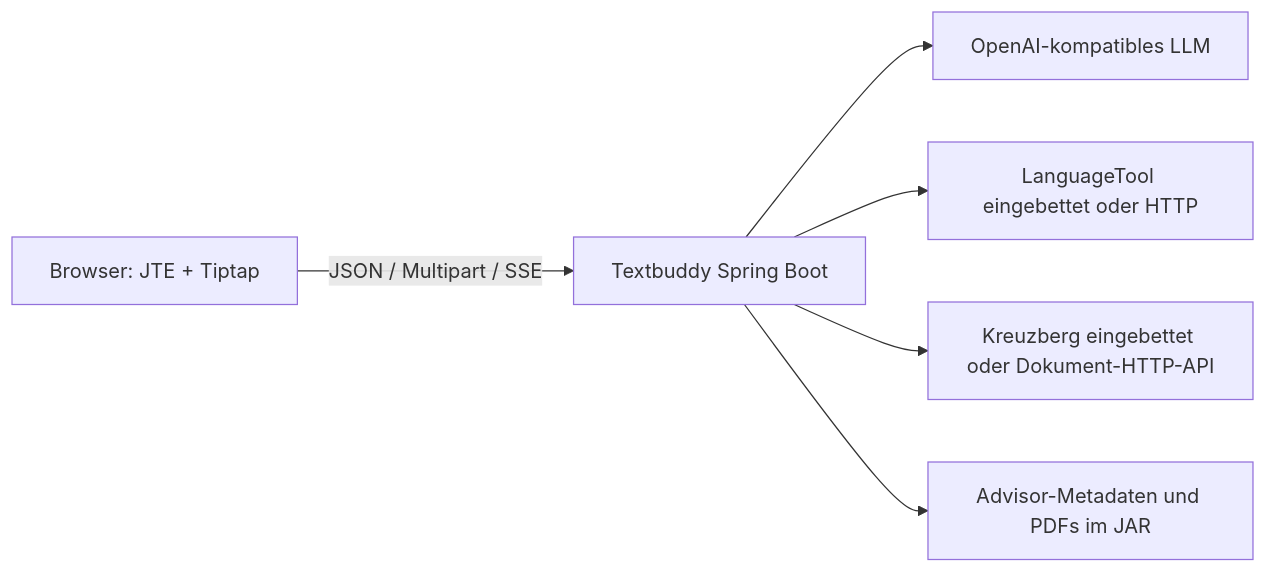
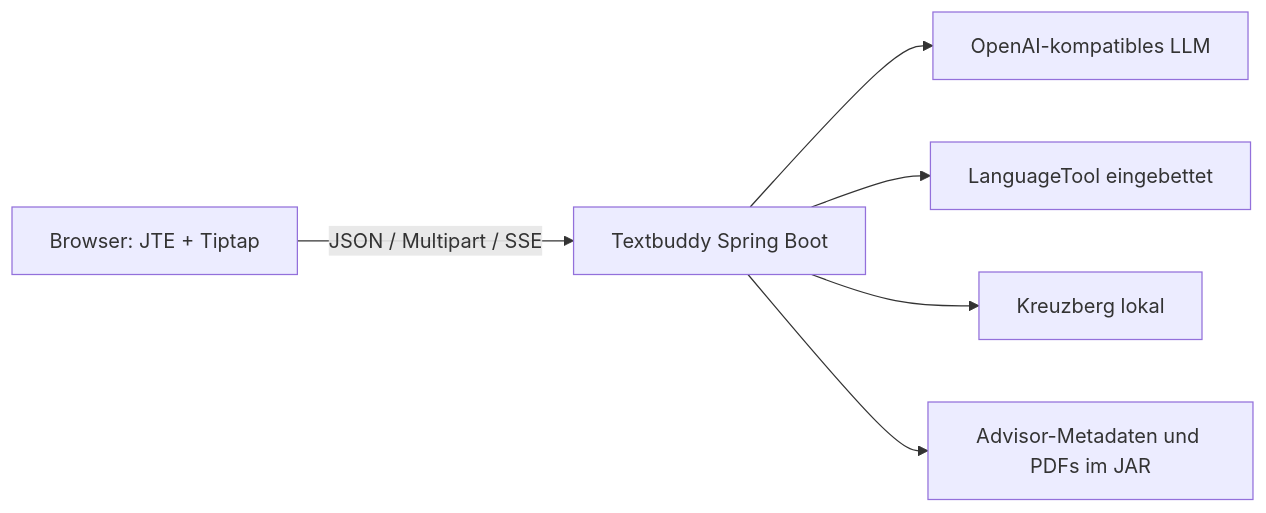
Before and after one commit to edigonzales/textbuddy: the diagram in docs/architecture.md, drawn with Mermaid. The commit also changed other lines of this file and 111 other files, not shown here.

````diff
--- a/docs/architecture.md
+++ b/docs/architecture.md
@@ -7,8 +7,8 @@
 ```mermaid
 flowchart LR
     Browser["Browser: JTE + Tiptap"] -->|"JSON / Multipart / SSE"| App["Textbuddy Spring Boot"]
     App --> LLM["OpenAI-kompatibles LLM"]
-    App --> LT["LanguageTool eingebettet oder HTTP"]
-    App --> Doc["Kreuzberg eingebettet oder Dokument-HTTP-API"]
+    App --> LT["LanguageTool eingebettet"]
+    App --> Doc["Kreuzberg lokal"]
     App --> Advisor["Advisor-Metadaten und PDFs im JAR"]
 ```
````
